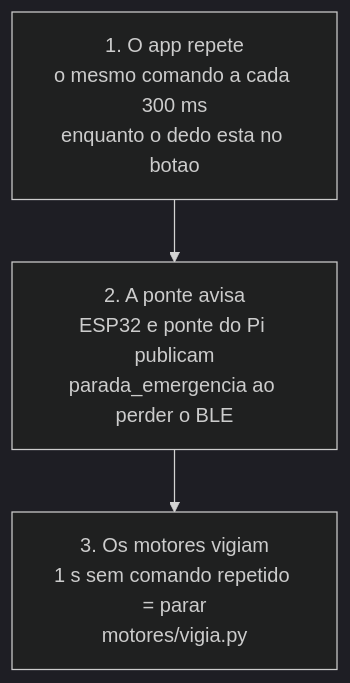
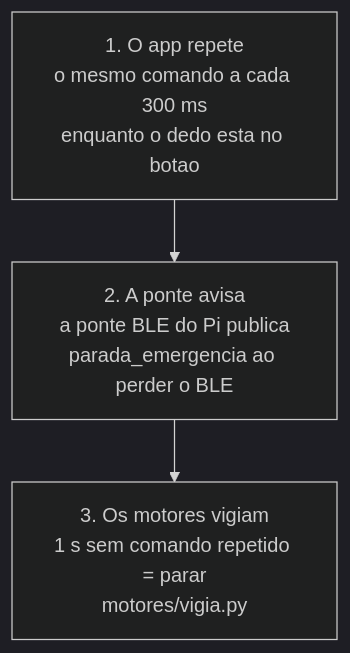
Before and after one commit to setrem-robot/orquestrador: the fourth of 4 diagrams in COMO-FUNCIONA.md, drawn with Mermaid (dark theme). The commit also changed other lines of this file and 19 other files, not shown here.

````diff
--- a/COMO-FUNCIONA.md
+++ b/COMO-FUNCIONA.md
@@ -256,7 +257,7 @@
 ```mermaid
 flowchart TB
     A["1. O app repete<br/>o mesmo comando a cada 300 ms<br/>enquanto o dedo esta no botao"]
-    B["2. A ponte avisa<br/>ESP32 e ponte do Pi publicam<br/>parada_emergencia ao perder o BLE"]
+    B["2. A ponte avisa<br/>a ponte BLE do Pi publica<br/>parada_emergencia ao perder o BLE"]
     C["3. Os motores vigiam<br/>1 s sem comando repetido = parar<br/>motores/vigia.py"]
     A --> B --> C
 ```
````
